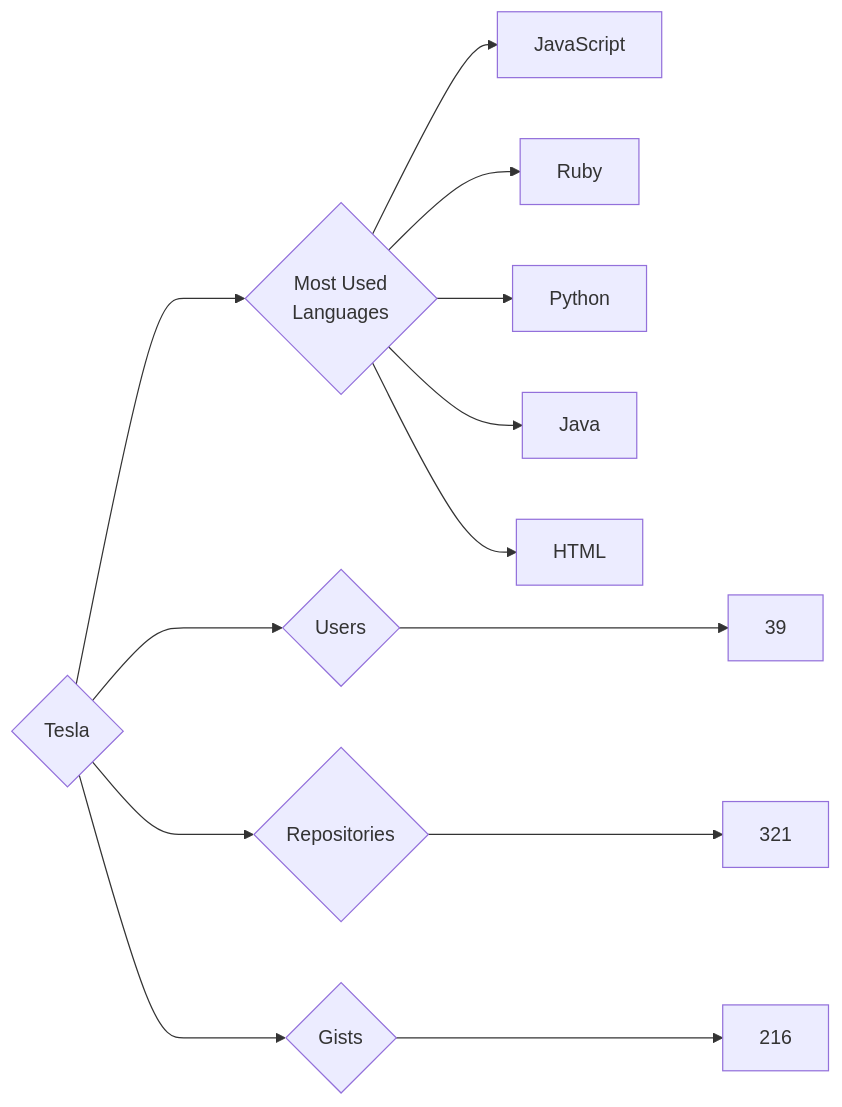
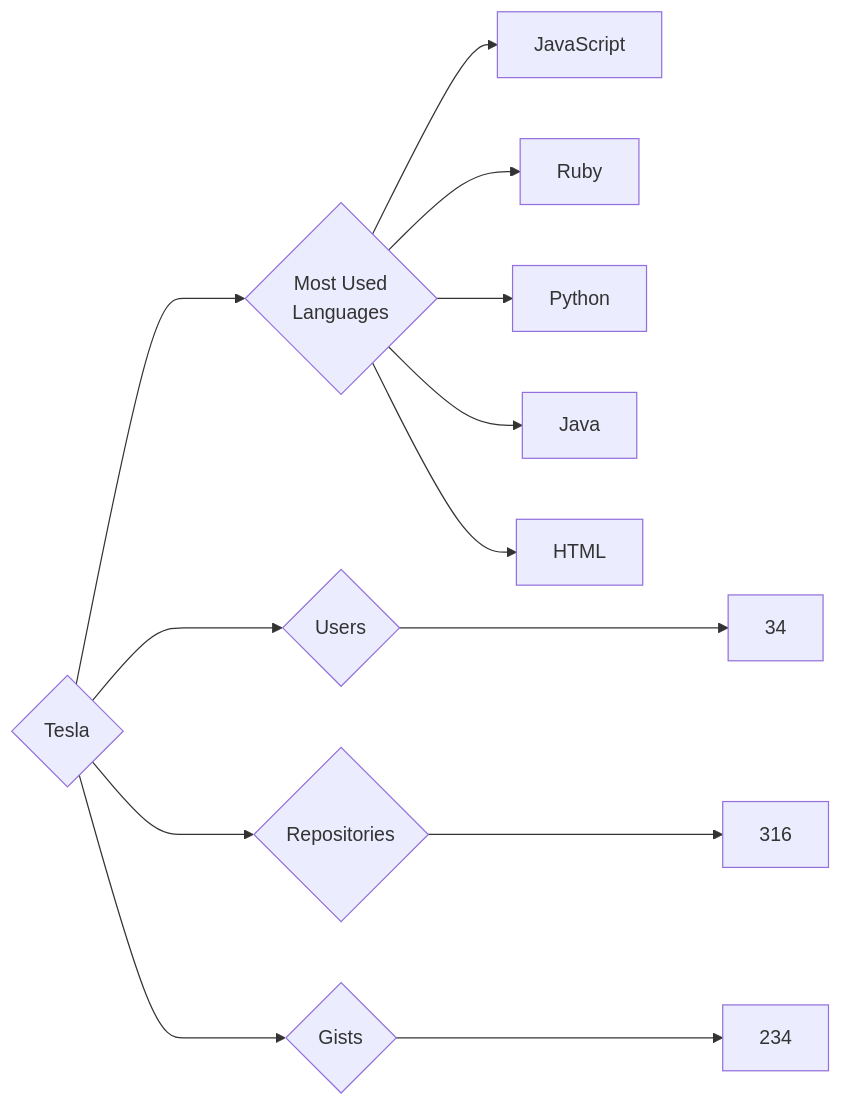
The diagram in targets/Tesla/README.md (trickest/insiders), drawn with Mermaid before and after one commit. The commit also changed 860 other files, not shown here.

````diff
--- a/targets/Tesla/README.md
+++ b/targets/Tesla/README.md
@@ -3,13 +3,13 @@
 ```mermaid
 graph LR
 COMPANY_NAME{Tesla}
-COMPANY_NAME ---> U{Users} ---> UN[39]
-COMPANY_NAME ---> R{Repositories} ---> RN[321]
-COMPANY_NAME ---> G{Gists} ---> GN[216]
+COMPANY_NAME ---> U{Users} ---> UN[34]
+COMPANY_NAME ---> R{Repositories} ---> RN[316]
+COMPANY_NAME ---> G{Gists} ---> GN[234]
 COMPANY_NAME ---> ML{Most Used<br>Languages}
 ML --> JavaScript[JavaScript]
 ML --> Ruby[Ruby]
 ML --> Python[Python]
 ML --> Java[Java]
 ML --> HTML[HTML]
 ```
````
